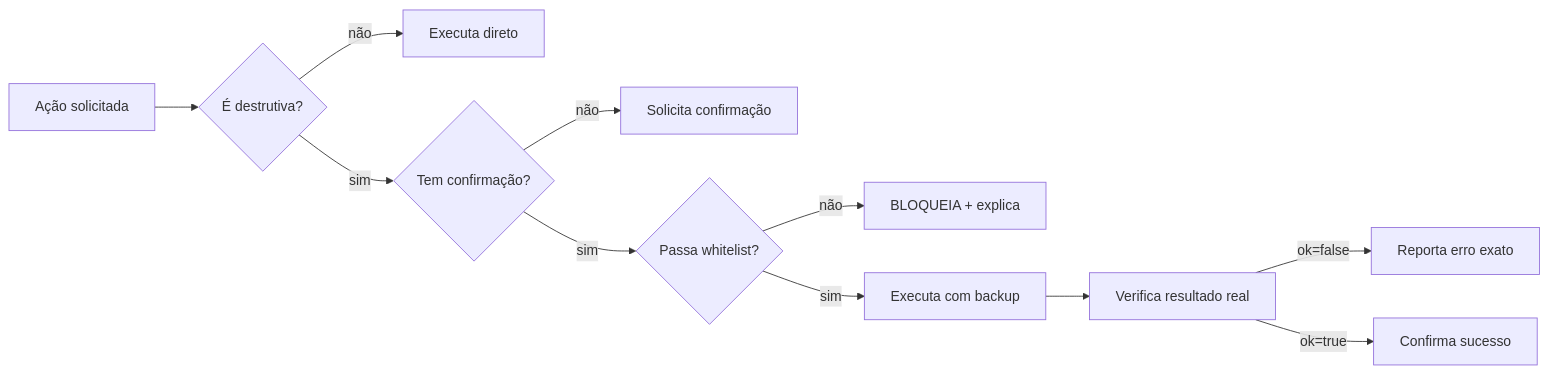
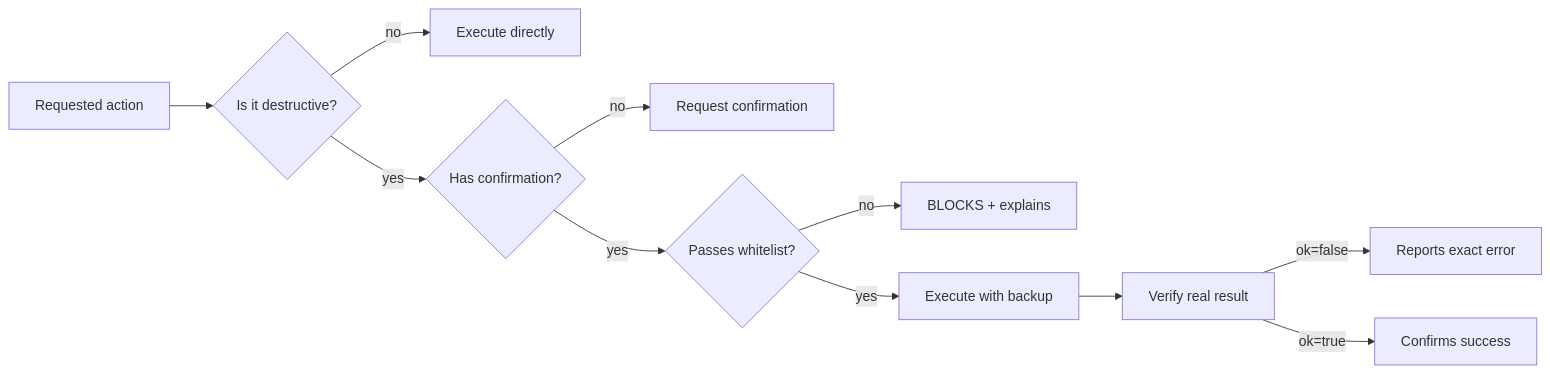
The third of 4 diagrams in docs/diagrams/architecture.md (WinstonPereira/diana-ai-agent-showcase), drawn with Mermaid before and after one commit. The commit also changed other lines of this file, not shown here.

Commit message:
docs: translate architecture diagrams to English

````diff
--- a/docs/diagrams/architecture.md
+++ b/docs/diagrams/architecture.md
@@ -53,13 +53,13 @@
 ```mermaid
 flowchart LR
-    A[Ação solicitada] --> B{É destrutiva?}
-    B -->|não| C[Executa direto]
-    B -->|sim| D{Tem confirmação?}
-    D -->|não| E[Solicita confirmação]
-    D -->|sim| F{Passa whitelist?}
-    F -->|não| G[BLOQUEIA + explica]
-    F -->|sim| H[Executa com backup]
-    H --> I[Verifica resultado real]
-    I -->|ok=false| J[Reporta erro exato]
-    I -->|ok=true| K[Confirma sucesso]
+    A[Requested action] --> B{Is it destructive?}
+    B -->|no| C[Execute directly]
+    B -->|yes| D{Has confirmation?}
+    D -->|no| E[Request confirmation]
+    D -->|yes| F{Passes whitelist?}
+    F -->|no| G[BLOCKS + explains]
+    F -->|yes| H[Execute with backup]
+    H --> I[Verify real result]
+    I -->|ok=false| J[Reports exact error]
+    I -->|ok=true| K[Confirms success]
 ```
````
